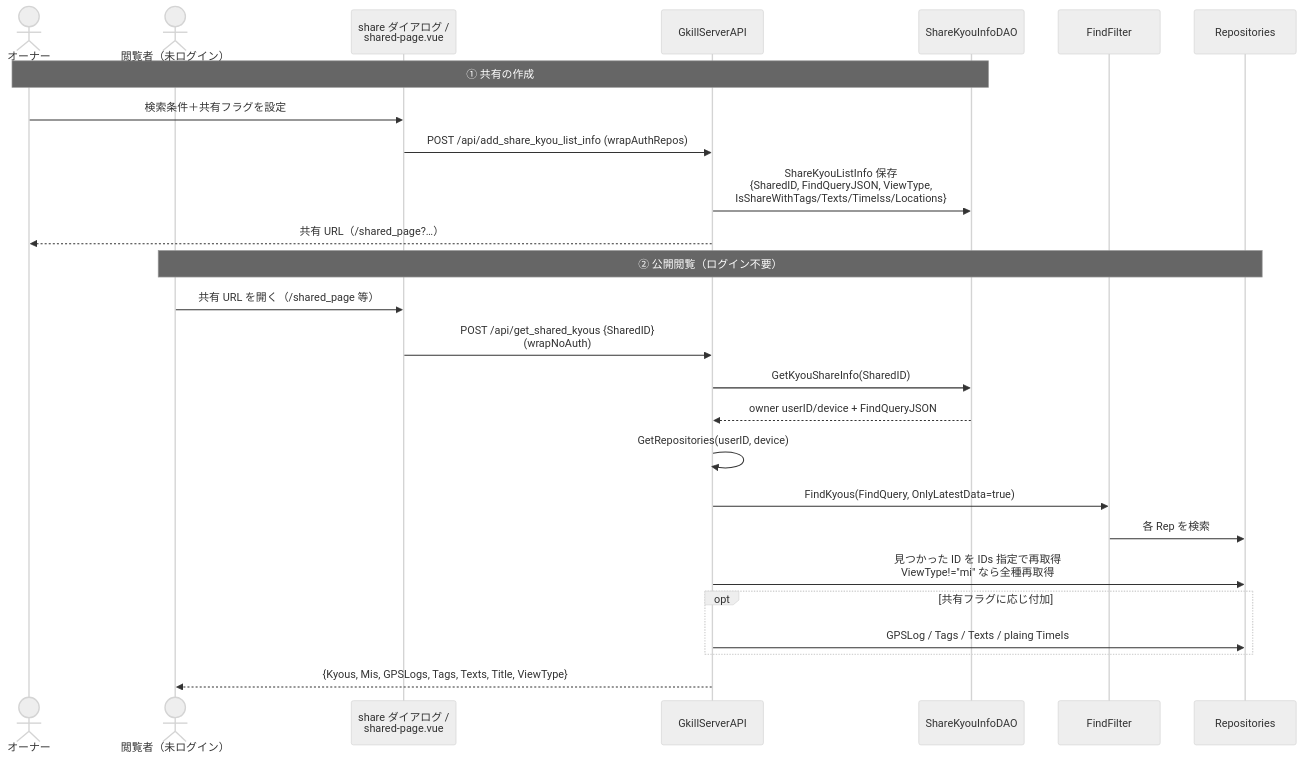
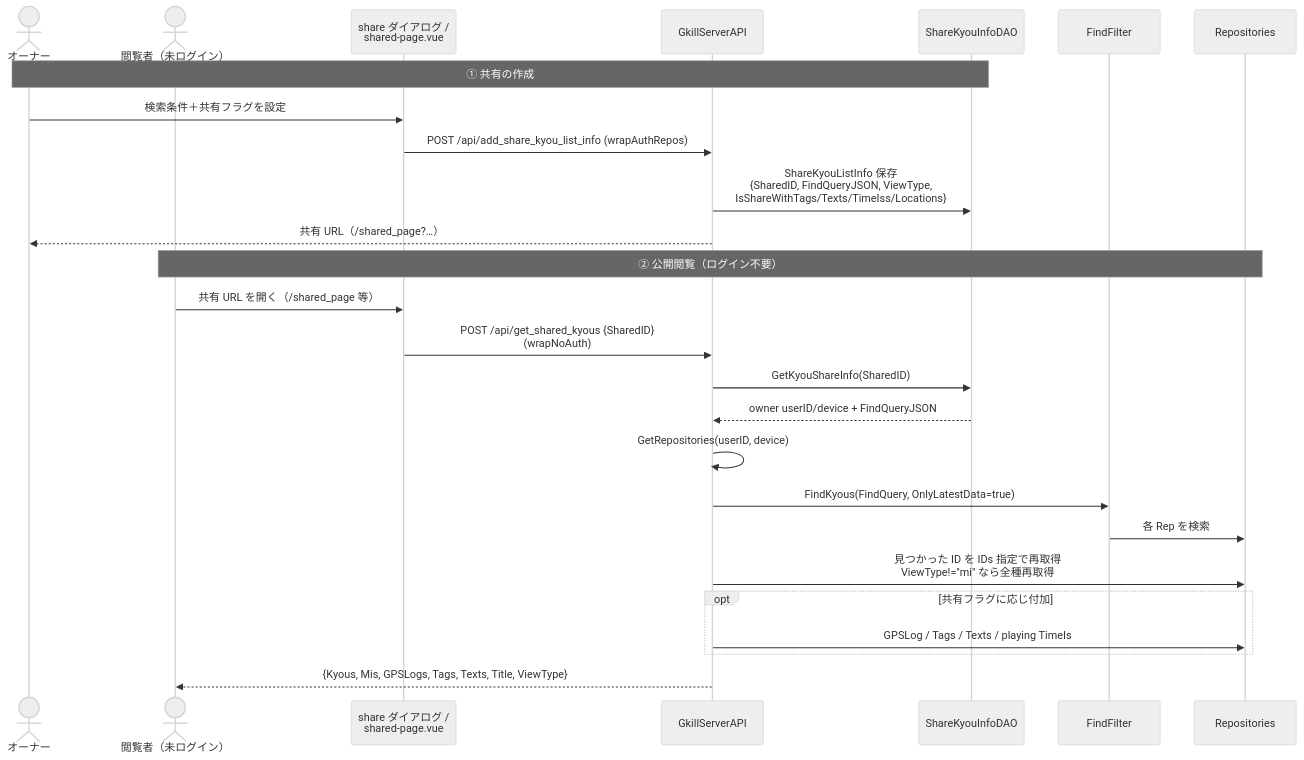
Before and after one commit to mt3hr/gkill: diagram 19 of 25 in documents/reverse/scenario.md, drawn with Mermaid (neutral theme). The commit also changed other lines of this file and 308 other files, not shown here.

First line of the commit message:
Fix 綴り plaing を playing へ改名し、互換を残さない

````diff
--- a/documents/reverse/scenario.md
+++ b/documents/reverse/scenario.md
@@ -621,30 +621,30 @@
 ```mermaid
 sequenceDiagram
     actor Owner as オーナー
     actor Friend as 閲覧者（未ログイン）
     participant UI as share ダイアログ /<br>shared-page.vue
     participant API as GkillServerAPI
     participant SDAO as ShareKyouInfoDAO
     participant FF as FindFilter
     participant Reps as Repositories
 
     Note over Owner,SDAO: ① 共有の作成
     Owner->>UI: 検索条件＋共有フラグを設定
     UI->>API: POST /api/add_share_kyou_list_info (wrapAuthRepos)
     API->>SDAO: ShareKyouListInfo 保存<br>{SharedID, FindQueryJSON, ViewType,<br>IsShareWithTags/Texts/TimeIss/Locations}
     API-->>Owner: 共有 URL（/shared_page?…）
 
     Note over Friend,Reps: ② 公開閲覧（ログイン不要）
     Friend->>UI: 共有 URL を開く（/shared_page 等）
     UI->>API: POST /api/get_shared_kyous {SharedID}<br>(wrapNoAuth)
     API->>SDAO: GetKyouShareInfo(SharedID)
     SDAO-->>API: owner userID/device + FindQueryJSON
     API->>API: GetRepositories(userID, device)
     API->>FF: FindKyous(FindQuery, OnlyLatestData=true)
     FF->>Reps: 各 Rep を検索
     API->>Reps: 見つかった ID を IDs 指定で再取得<br>ViewType!="mi" なら全種再取得
     opt 共有フラグに応じ付加
-        API->>Reps: GPSLog / Tags / Texts / plaing TimeIs
+        API->>Reps: GPSLog / Tags / Texts / playing TimeIs
     end
     API-->>Friend: {Kyous, Mis, GPSLogs, Tags, Texts, Title, ViewType}
 ```
````
